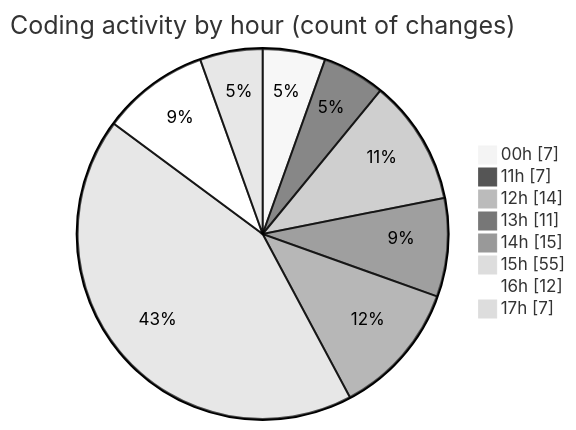
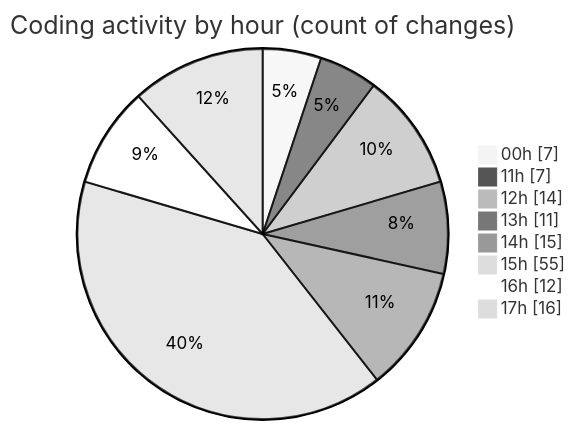
One commit to julien-gomy/code-tracking changed the second of 2 diagrams in 2025-10-08/eventscop-frontend-guide__workspace_/README.md. Above: the diagram before and after it, drawn with Mermaid (neutral theme). The commit also changed other lines of this file and 1 other file, not shown here.

````diff
--- a/2025-10-08/eventscop-frontend-guide__workspace_/README.md
+++ b/2025-10-08/eventscop-frontend-guide__workspace_/README.md
@@ -50,12 +53,12 @@
 ```mermaid
 pie showData
 title Coding activity by hour (count of changes)
 "00h" : 7
 "11h" : 7
 "12h" : 14
 "13h" : 11
 "14h" : 15
 "15h" : 55
 "16h" : 12
-"17h" : 7
+"17h" : 16
 ```
````
